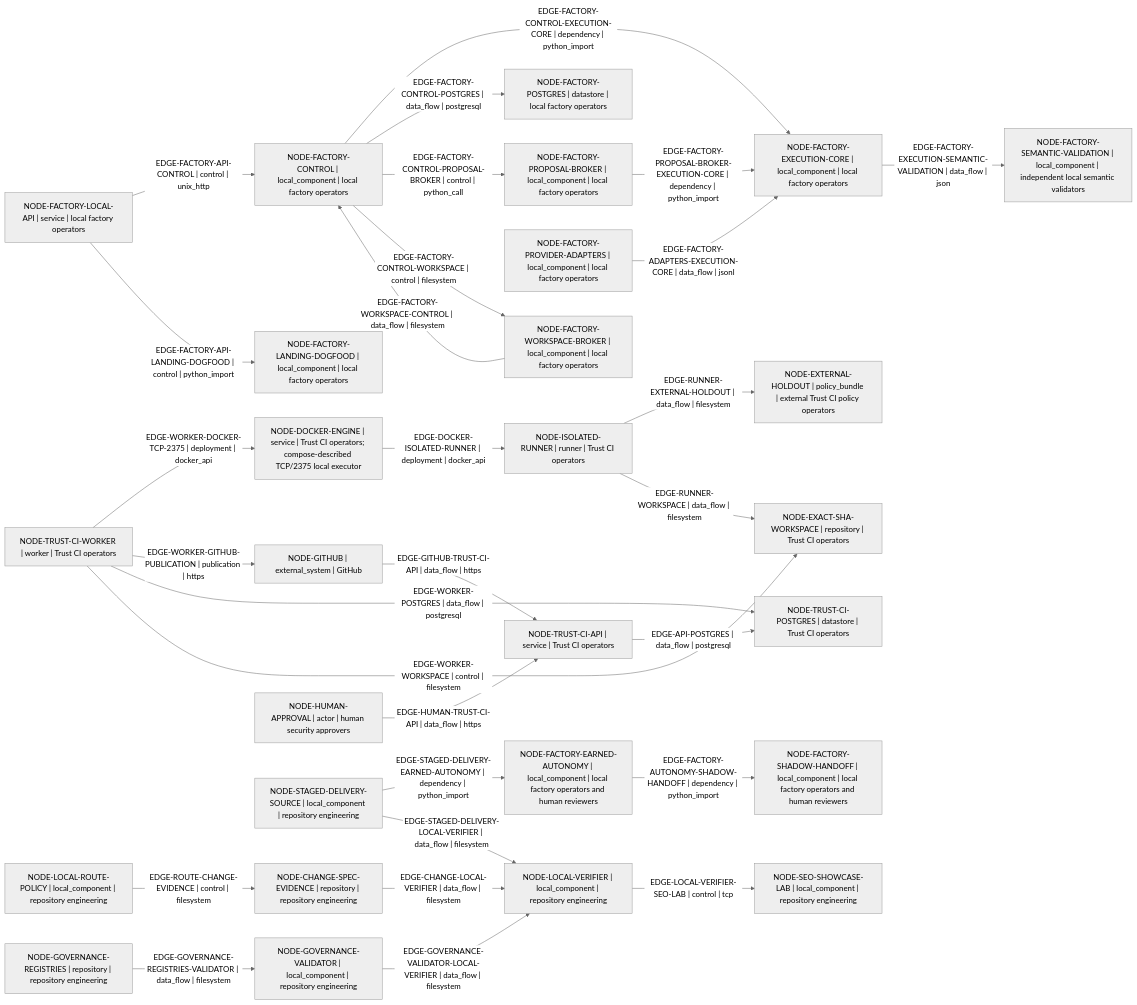
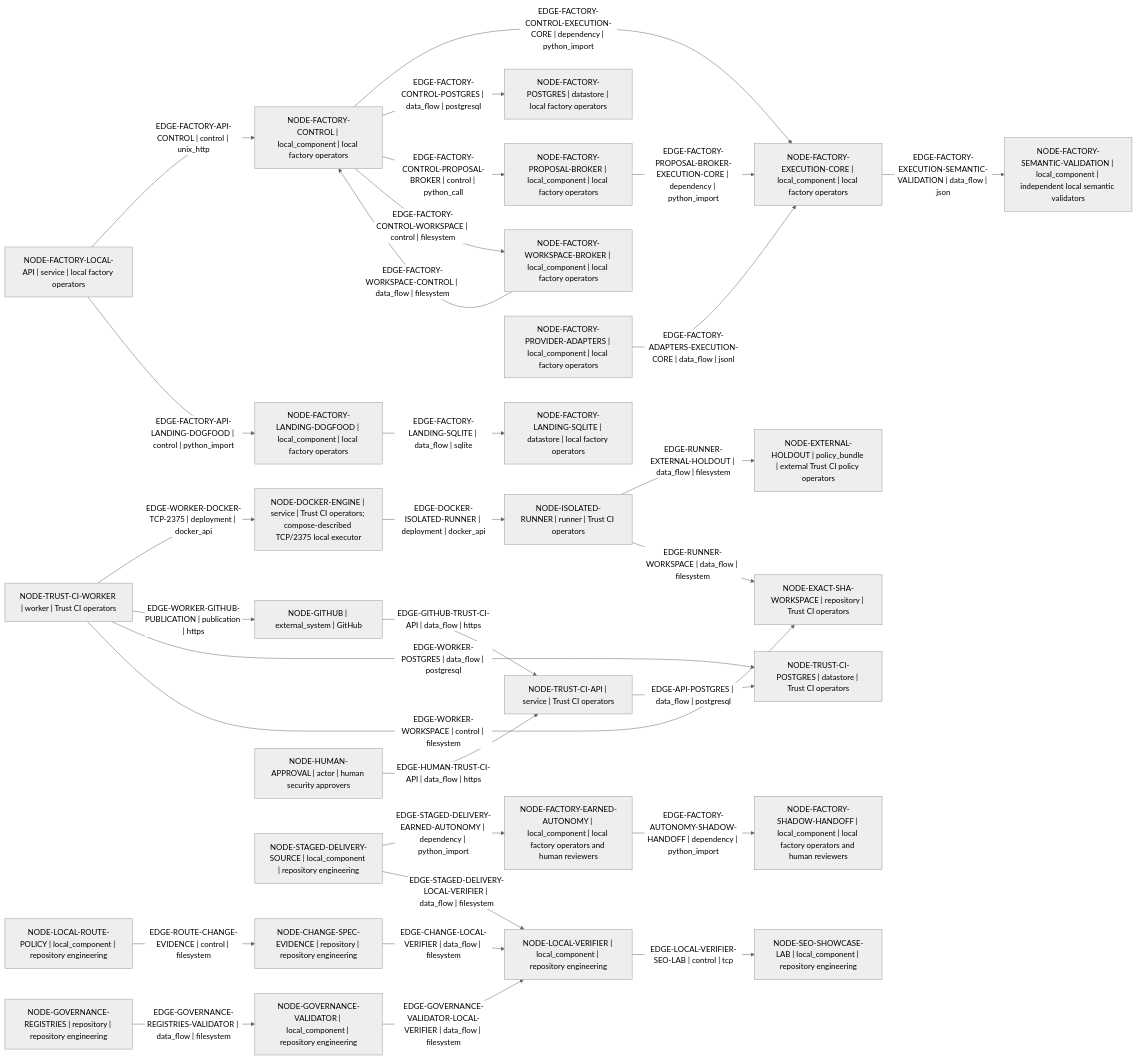
The diagram in architecture/generated/container.mmd (Dimkox/adaptive-grok-build-pro), drawn with Mermaid (neutral theme) before and after one commit. The commit also changed 69 other files, not shown here.

First line of the commit message:
feat(factory): add durable offline landing runtime (#26)

```diff
--- a/architecture/generated/container.mmd
+++ b/architecture/generated/container.mmd
@@ -1,56 +1,58 @@
 flowchart LR
   node_8938bd3db1932751["NODE-CHANGE-SPEC-EVIDENCE | repository | repository engineering"]
   node_4e78270f61d78ed8["NODE-DOCKER-ENGINE | service | Trust CI operators; compose-described TCP/2375 local executor"]
   node_2e8a7072de3f3743["NODE-EXACT-SHA-WORKSPACE | repository | Trust CI operators"]
   node_0a0fe2f046a648e9["NODE-EXTERNAL-HOLDOUT | policy_bundle | external Trust CI policy operators"]
   node_a6c166e55f8e1784["NODE-FACTORY-CONTROL | local_component | local factory operators"]
   node_379217d10ea012c3["NODE-FACTORY-EARNED-AUTONOMY | local_component | local factory operators and human reviewers"]
   node_0a087cfaed95a8ad["NODE-FACTORY-EXECUTION-CORE | local_component | local factory operators"]
   node_340c6123d4df34df["NODE-FACTORY-LANDING-DOGFOOD | local_component | local factory operators"]
+  node_7c8192807445a8a6["NODE-FACTORY-LANDING-SQLITE | datastore | local factory operators"]
   node_93915052ae8a2e67["NODE-FACTORY-LOCAL-API | service | local factory operators"]
   node_a77de286f8308fd4["NODE-FACTORY-POSTGRES | datastore | local factory operators"]
   node_21b552fdfa11f1c2["NODE-FACTORY-PROPOSAL-BROKER | local_component | local factory operators"]
   node_fae11f6a95d982dc["NODE-FACTORY-PROVIDER-ADAPTERS | local_component | local factory operators"]
   node_c10acb5d92ad0ee0["NODE-FACTORY-SEMANTIC-VALIDATION | local_component | independent local semantic validators"]
   node_c3bf47ff1c652923["NODE-FACTORY-SHADOW-HANDOFF | local_component | local factory operators and human reviewers"]
   node_23f89cd7152cc030["NODE-FACTORY-WORKSPACE-BROKER | local_component | local factory operators"]
   node_8b8a8cd21b180532["NODE-GITHUB | external_system | GitHub"]
   node_dfd1104494c6ab8f["NODE-GOVERNANCE-REGISTRIES | repository | repository engineering"]
   node_23677f8757246623["NODE-GOVERNANCE-VALIDATOR | local_component | repository engineering"]
   node_e4e37173e410ad23["NODE-HUMAN-APPROVAL | actor | human security approvers"]
   node_1c3a10ba26a8e80d["NODE-ISOLATED-RUNNER | runner | Trust CI operators"]
   node_770cf3a1783e8525["NODE-LOCAL-ROUTE-POLICY | local_component | repository engineering"]
   node_23bed8fcbfc79861["NODE-LOCAL-VERIFIER | local_component | repository engineering"]
   node_d4421144c1dd4abe["NODE-SEO-SHOWCASE-LAB | local_component | repository engineering"]
   node_e1da543fa66b0086["NODE-STAGED-DELIVERY-SOURCE | local_component | repository engineering"]
   node_d0e570b2fbe52f98["NODE-TRUST-CI-API | service | Trust CI operators"]
   node_1a6c7efb2d08591b["NODE-TRUST-CI-POSTGRES | datastore | Trust CI operators"]
   node_070dda93443dcc1f["NODE-TRUST-CI-WORKER | worker | Trust CI operators"]
   node_d0e570b2fbe52f98 -->|"EDGE-API-POSTGRES | data_flow | postgresql"| node_1a6c7efb2d08591b
   node_8938bd3db1932751 -->|"EDGE-CHANGE-LOCAL-VERIFIER | data_flow | filesystem"| node_23bed8fcbfc79861
   node_4e78270f61d78ed8 -->|"EDGE-DOCKER-ISOLATED-RUNNER | deployment | docker_api"| node_1c3a10ba26a8e80d
   node_fae11f6a95d982dc -->|"EDGE-FACTORY-ADAPTERS-EXECUTION-CORE | data_flow | jsonl"| node_0a087cfaed95a8ad
   node_93915052ae8a2e67 -->|"EDGE-FACTORY-API-CONTROL | control | unix_http"| node_a6c166e55f8e1784
   node_93915052ae8a2e67 -->|"EDGE-FACTORY-API-LANDING-DOGFOOD | control | python_import"| node_340c6123d4df34df
   node_379217d10ea012c3 -->|"EDGE-FACTORY-AUTONOMY-SHADOW-HANDOFF | dependency | python_import"| node_c3bf47ff1c652923
   node_a6c166e55f8e1784 -->|"EDGE-FACTORY-CONTROL-EXECUTION-CORE | dependency | python_import"| node_0a087cfaed95a8ad
   node_a6c166e55f8e1784 -->|"EDGE-FACTORY-CONTROL-POSTGRES | data_flow | postgresql"| node_a77de286f8308fd4
   node_a6c166e55f8e1784 -->|"EDGE-FACTORY-CONTROL-PROPOSAL-BROKER | control | python_call"| node_21b552fdfa11f1c2
   node_a6c166e55f8e1784 -->|"EDGE-FACTORY-CONTROL-WORKSPACE | control | filesystem"| node_23f89cd7152cc030
   node_0a087cfaed95a8ad -->|"EDGE-FACTORY-EXECUTION-SEMANTIC-VALIDATION | data_flow | json"| node_c10acb5d92ad0ee0
+  node_340c6123d4df34df -->|"EDGE-FACTORY-LANDING-SQLITE | data_flow | sqlite"| node_7c8192807445a8a6
   node_21b552fdfa11f1c2 -->|"EDGE-FACTORY-PROPOSAL-BROKER-EXECUTION-CORE | dependency | python_import"| node_0a087cfaed95a8ad
   node_23f89cd7152cc030 -->|"EDGE-FACTORY-WORKSPACE-CONTROL | data_flow | filesystem"| node_a6c166e55f8e1784
   node_8b8a8cd21b180532 -->|"EDGE-GITHUB-TRUST-CI-API | data_flow | https"| node_d0e570b2fbe52f98
   node_dfd1104494c6ab8f -->|"EDGE-GOVERNANCE-REGISTRIES-VALIDATOR | data_flow | filesystem"| node_23677f8757246623
   node_23677f8757246623 -->|"EDGE-GOVERNANCE-VALIDATOR-LOCAL-VERIFIER | data_flow | filesystem"| node_23bed8fcbfc79861
   node_e4e37173e410ad23 -->|"EDGE-HUMAN-TRUST-CI-API | data_flow | https"| node_d0e570b2fbe52f98
   node_23bed8fcbfc79861 -->|"EDGE-LOCAL-VERIFIER-SEO-LAB | control | tcp"| node_d4421144c1dd4abe
   node_770cf3a1783e8525 -->|"EDGE-ROUTE-CHANGE-EVIDENCE | control | filesystem"| node_8938bd3db1932751
   node_1c3a10ba26a8e80d -->|"EDGE-RUNNER-EXTERNAL-HOLDOUT | data_flow | filesystem"| node_0a0fe2f046a648e9
   node_1c3a10ba26a8e80d -->|"EDGE-RUNNER-WORKSPACE | data_flow | filesystem"| node_2e8a7072de3f3743
   node_e1da543fa66b0086 -->|"EDGE-STAGED-DELIVERY-EARNED-AUTONOMY | dependency | python_import"| node_379217d10ea012c3
   node_e1da543fa66b0086 -->|"EDGE-STAGED-DELIVERY-LOCAL-VERIFIER | data_flow | filesystem"| node_23bed8fcbfc79861
   node_070dda93443dcc1f -->|"EDGE-WORKER-DOCKER-TCP-2375 | deployment | docker_api"| node_4e78270f61d78ed8
   node_070dda93443dcc1f -->|"EDGE-WORKER-GITHUB-PUBLICATION | publication | https"| node_8b8a8cd21b180532
   node_070dda93443dcc1f -->|"EDGE-WORKER-POSTGRES | data_flow | postgresql"| node_1a6c7efb2d08591b
   node_070dda93443dcc1f -->|"EDGE-WORKER-WORKSPACE | control | filesystem"| node_2e8a7072de3f3743
```
